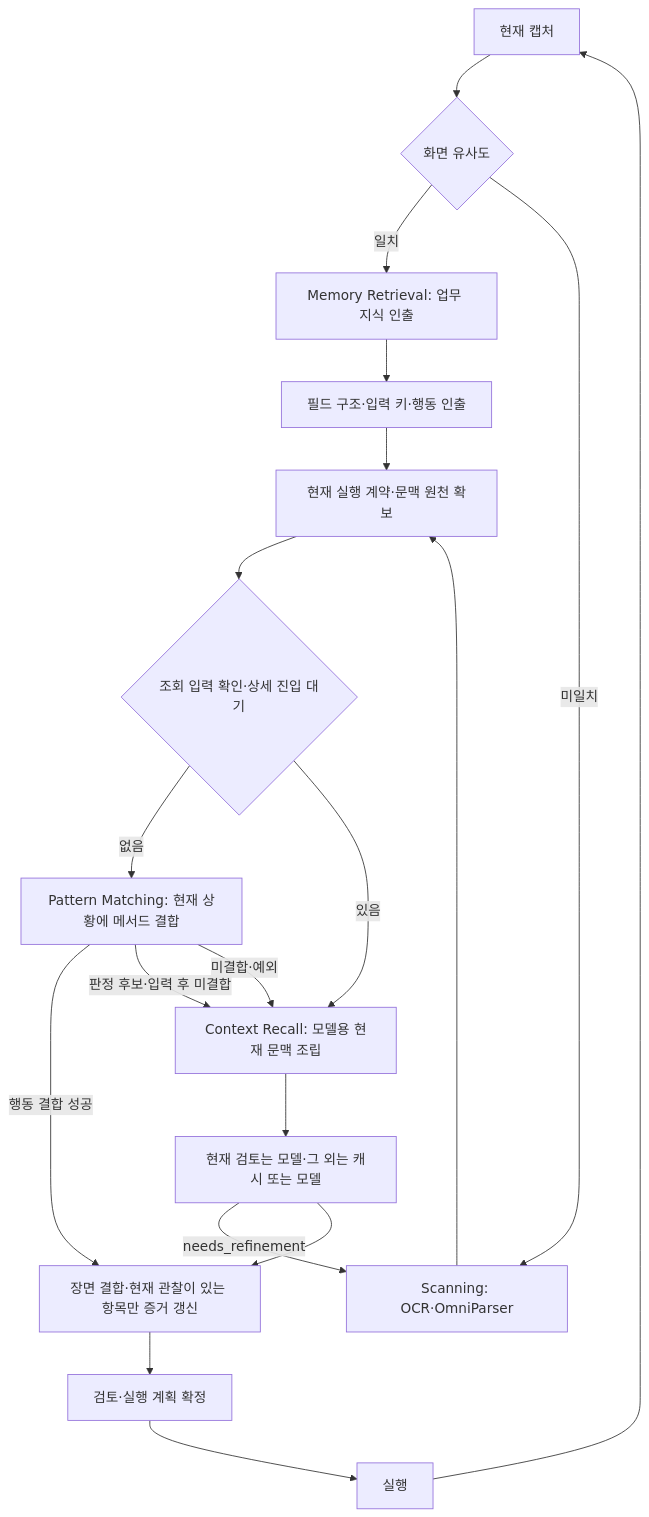
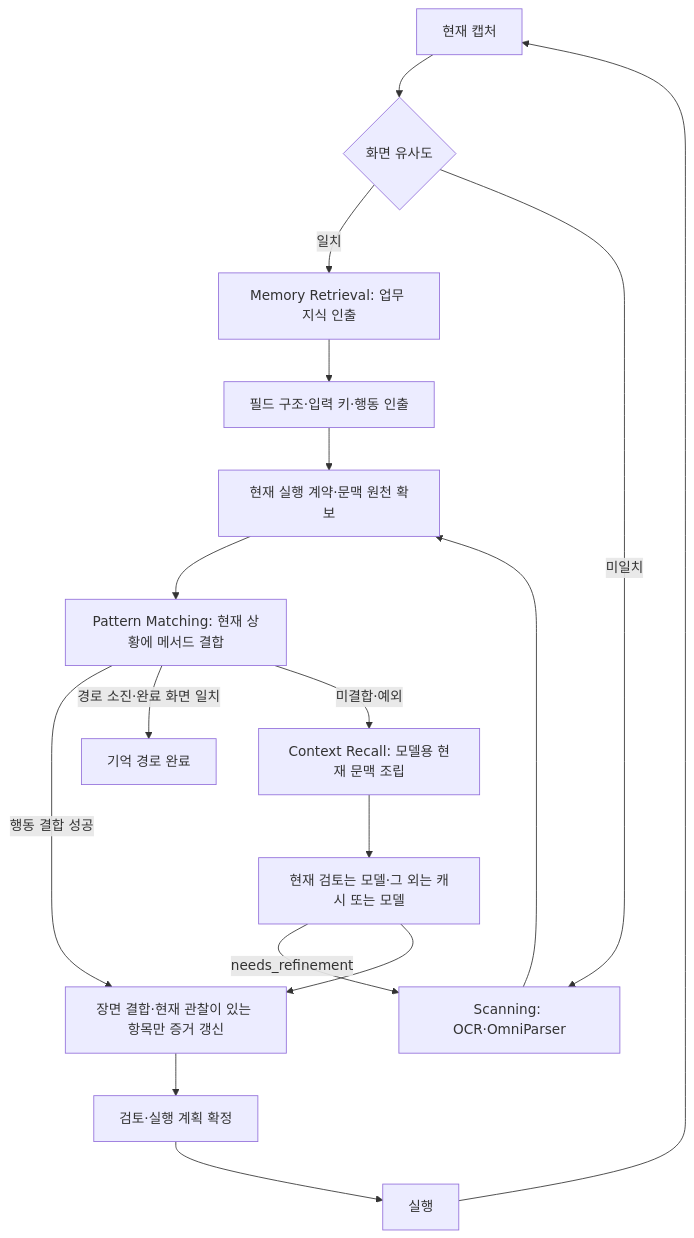
The diagram in docs/runtime-terminology.md (Dreamtreeme/agent-sawon), drawn with Mermaid before and after one commit. The commit also changed other lines of this file and 13 other files, not shown here.

````diff
--- a/docs/runtime-terminology.md
+++ b/docs/runtime-terminology.md
@@ -27,21 +27,20 @@
 ```mermaid
 flowchart TD
     CAP[현재 캡처] --> SIM{화면 유사도}
     SIM -->|일치| MEM[Memory Retrieval: 업무 지식 인출]
     SIM -->|미일치| SCAN[Scanning: OCR·OmniParser]
     MEM --> STRUCTURE[필드 구조·입력 키·행동 인출]
     STRUCTURE --> STATE[현재 실행 계약·문맥 원천 확보]
     SCAN --> STATE
-    STATE --> NEED{조회 입력 확인·상세 진입 대기}
-    NEED -->|없음| PAT[Pattern Matching: 현재 상황에 메서드 결합]
-    NEED -->|있음| CTX[Context Recall: 모델용 현재 문맥 조립]
+    STATE --> PAT[Pattern Matching: 현재 상황에 메서드 결합]
     PAT -->|행동 결합 성공| BIND
-    PAT -->|판정 후보·입력 후 미결합| CTX
+    PAT -->|경로 소진·완료 화면 일치| FINISH[기억 경로 완료]
     PAT -->|미결합·예외| CTX
+    CTX[Context Recall: 모델용 현재 문맥 조립]
     CTX --> DEC[현재 검토는 모델·그 외는 캐시 또는 모델]
     DEC -->|needs_refinement| SCAN
     DEC --> BIND[장면 결합·현재 관찰이 있는 항목만 증거 갱신]
     BIND --> REVIEW[검토·실행 계획 확정]
     REVIEW --> ACT[실행]
     ACT --> CAP
 ```
````
